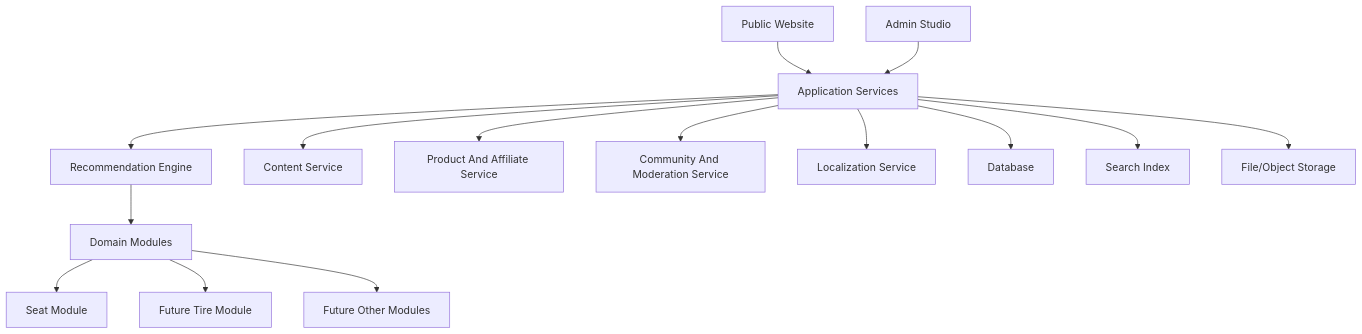
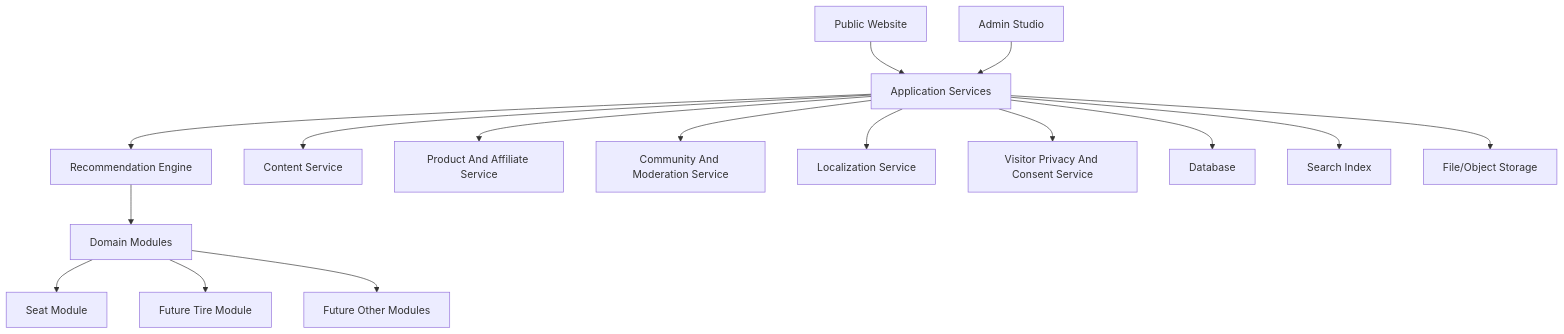
The diagram in docs/platform-architecture.md (sokolicek/moto-seat-lab), drawn with Mermaid before and after one commit. The commit also changed other lines of this file and 7 other files, not shown here.

Commit message:
Add visitor privacy and monetization concept

````diff
--- a/docs/platform-architecture.md
+++ b/docs/platform-architecture.md
@@ -34,17 +35,18 @@
 ```mermaid
 flowchart TD
   A["Public Website"] --> B["Application Services"]
   C["Admin Studio"] --> B
   B --> D["Recommendation Engine"]
   B --> E["Content Service"]
   B --> F["Product And Affiliate Service"]
   B --> G["Community And Moderation Service"]
   B --> H["Localization Service"]
+  B --> P["Visitor Privacy And Consent Service"]
   D --> I["Domain Modules"]
   I --> J["Seat Module"]
   I --> K["Future Tire Module"]
   I --> L["Future Other Modules"]
   B --> M["Database"]
   B --> N["Search Index"]
   B --> O["File/Object Storage"]
 ```
````
